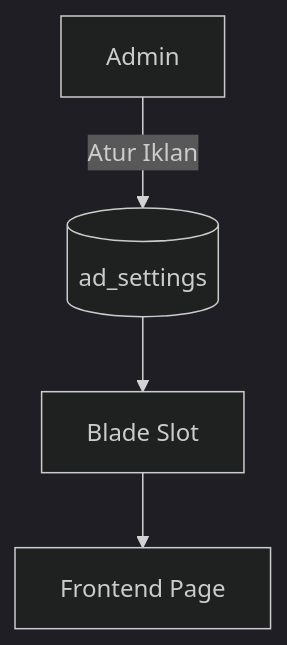
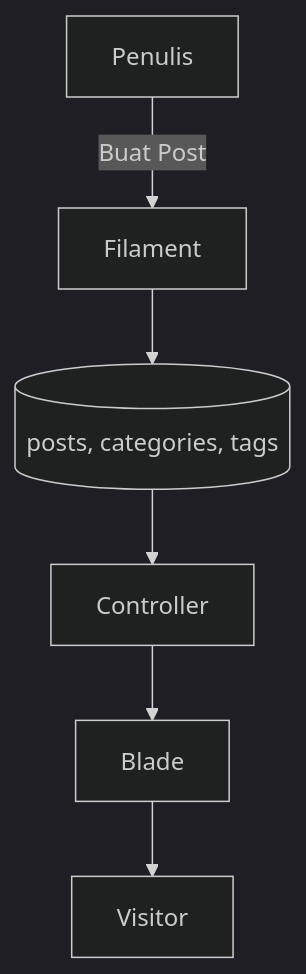
Before and after one commit to akmaller/Gerindra-Web_Management_System: the diagram in RCK_News_Management_System_Documentation.md, drawn with Mermaid (dark theme). The commit also changed other lines of this file and 2 other files, not shown here.

````diff
--- a/RCK_News_Management_System_Documentation.md
+++ b/RCK_News_Management_System_Documentation.md
@@ -84,6 +84,8 @@
 ```mermaid
 flowchart TD
-    Admin -->|Atur Iklan| DB[(ad_settings)]
-    DB --> Blade[Blade Slot]
-    Blade --> FE[Frontend Page]
+    Penulis -->|Buat Post| Filament
+    Filament --> DB[(posts, categories, tags)]
+    DB --> Controller
+    Controller --> Blade
+    Blade --> Visitor
 ```
````
